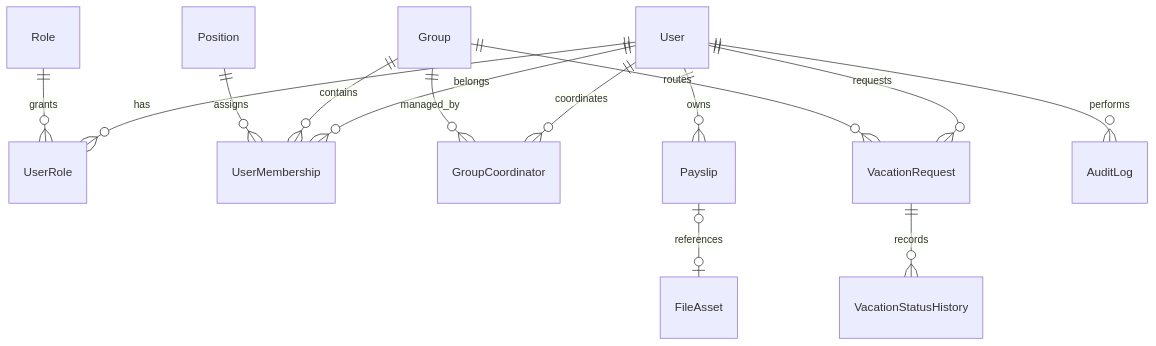
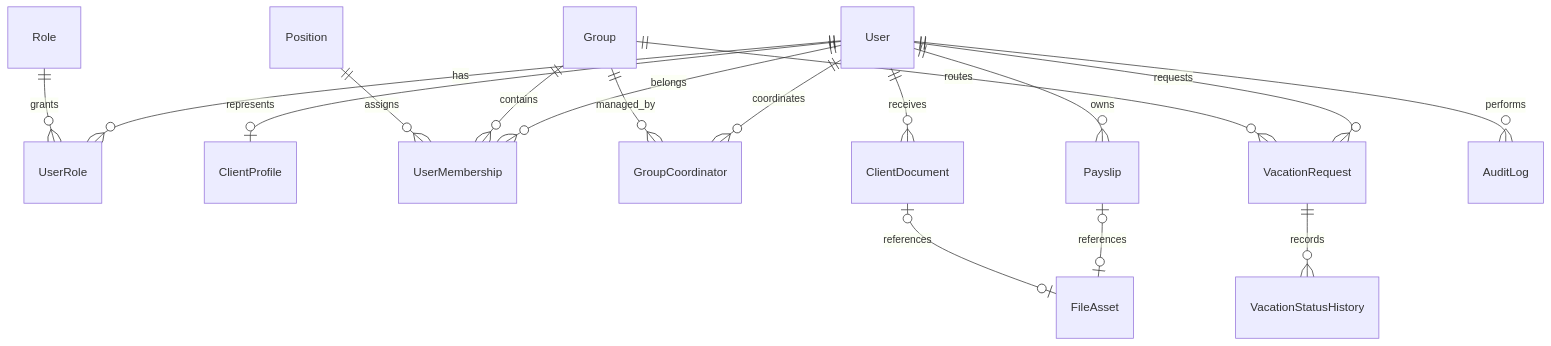
Before and after one commit to olegariobru/AccessManager: the diagram in docs/database.md, drawn with Mermaid. The commit also changed other lines of this file and 42 other files, not shown here.

````diff
--- a/docs/database.md
+++ b/docs/database.md
@@ -25,16 +29,19 @@
 ```mermaid
 erDiagram
   User ||--o{ UserRole : has
   Role ||--o{ UserRole : grants
+  User ||--o| ClientProfile : represents
   User ||--o{ UserMembership : belongs
   Group ||--o{ UserMembership : contains
   Position ||--o{ UserMembership : assigns
   User ||--o{ GroupCoordinator : coordinates
   Group ||--o{ GroupCoordinator : managed_by
   User ||--o{ VacationRequest : requests
   Group ||--o{ VacationRequest : routes
   VacationRequest ||--o{ VacationStatusHistory : records
   User ||--o{ Payslip : owns
   Payslip o|--o| FileAsset : references
+  User ||--o{ ClientDocument : receives
+  ClientDocument o|--o| FileAsset : references
   User ||--o{ AuditLog : performs
 ```
````
